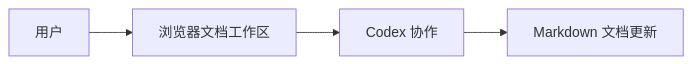
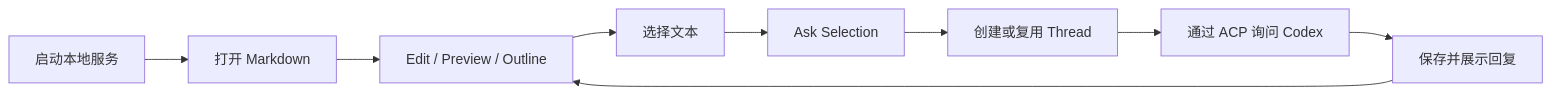
One commit to GatewayJ/Xuanniao changed the first of 2 diagrams in prd.md. Above: the diagram before and after it, drawn with Mermaid. The commit also changed other lines of this file and 25 other files, not shown here.

````diff
--- a/prd.md
+++ b/prd.md
@@ -9,6 +74,11 @@
 ```mermaid
 flowchart LR
-  User[用户] --> Browser[浏览器文档工作区]
-  Browser --> Codex[Codex 协作]
-  Codex --> Document[Markdown 文档更新]
+  Start[启动本地服务] --> Open[打开 Markdown]
+  Open --> Edit[Edit / Preview / Outline]
+  Edit --> Select[选择文本]
+  Select --> Ask[Ask Selection]
+  Ask --> Thread[创建或复用 Thread]
+  Thread --> ACP[通过 ACP 询问 Codex]
+  ACP --> Reply[保存并展示回复]
+  Reply --> Edit
 ```
````
